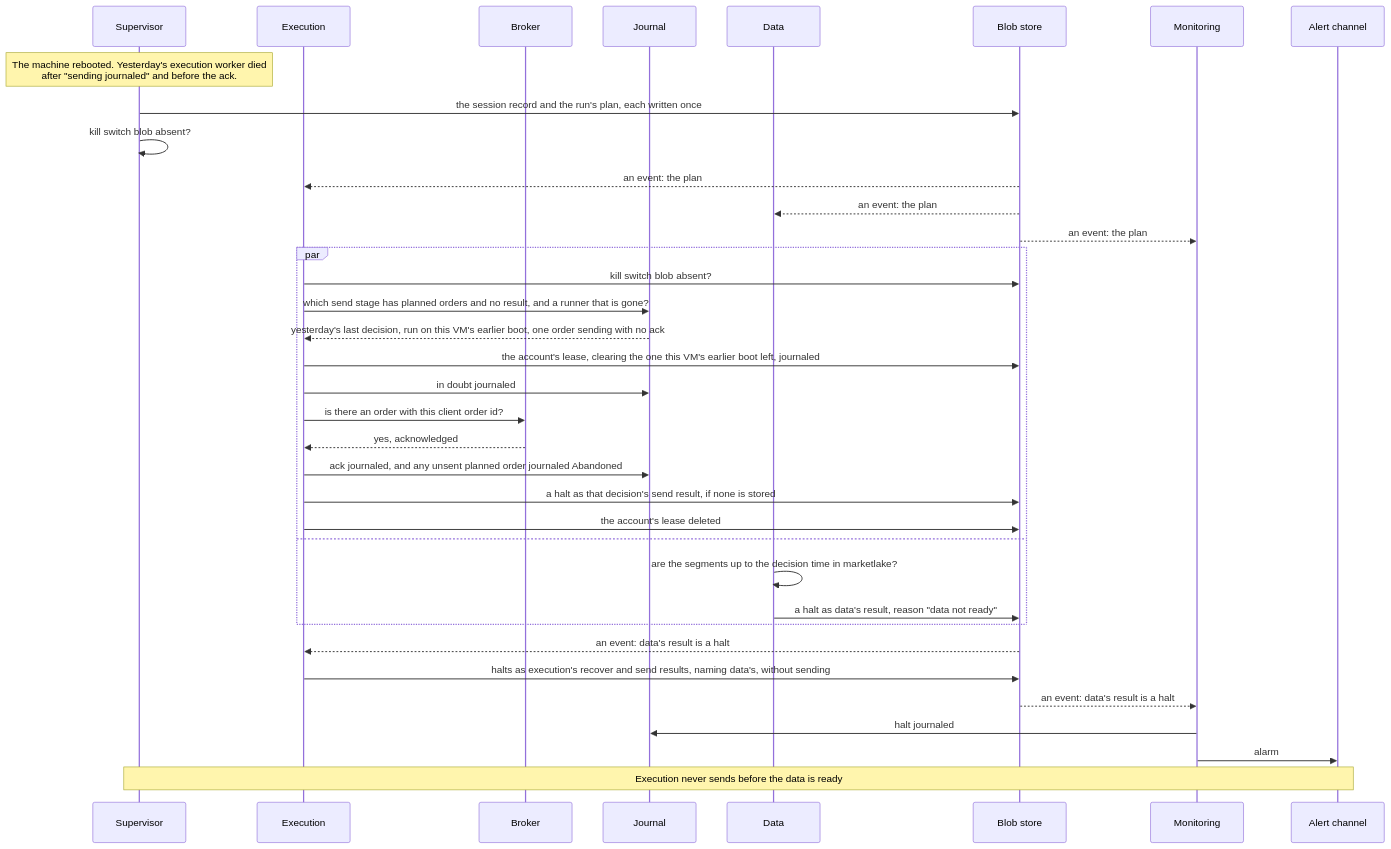
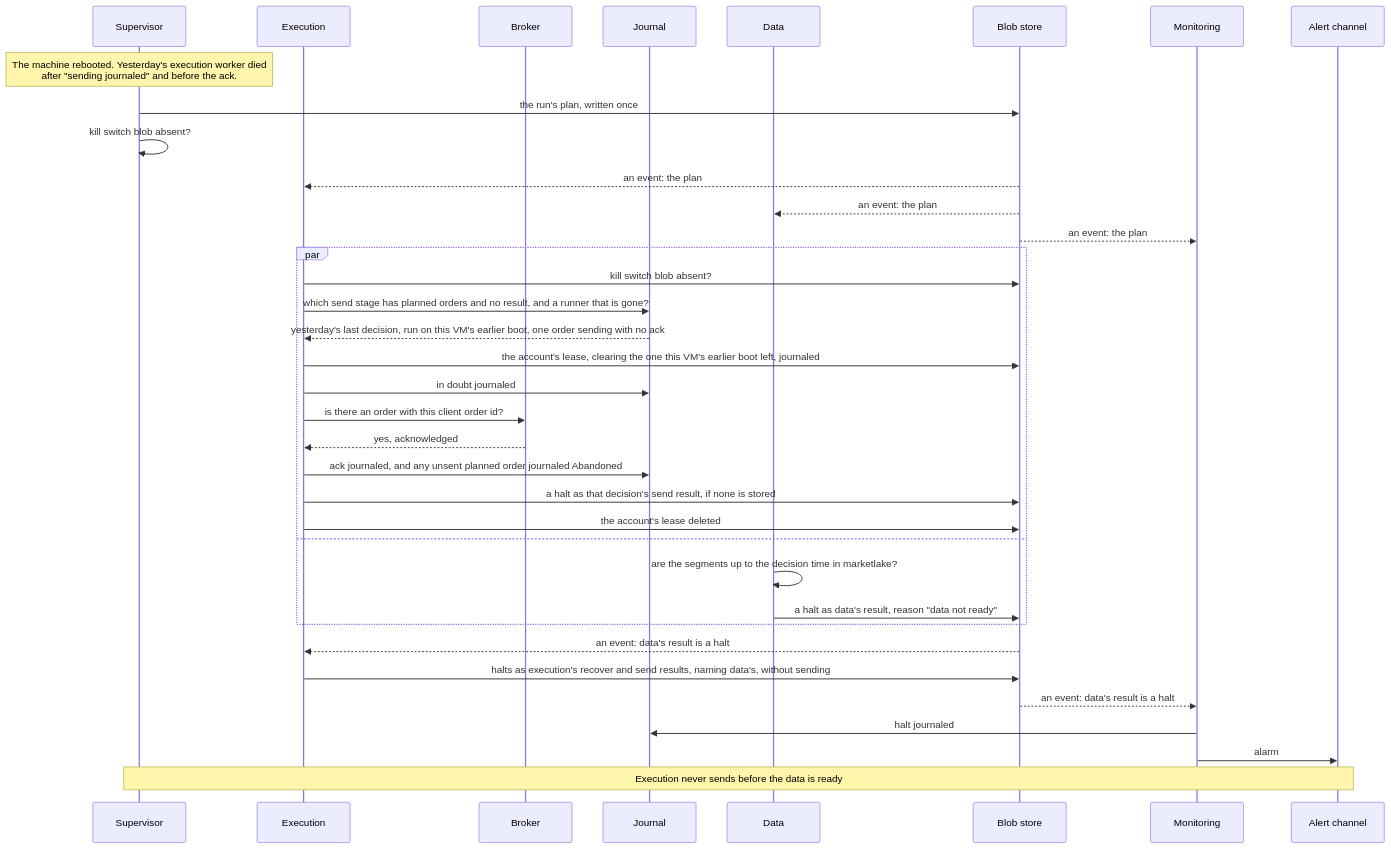
The sixth of 16 diagrams in docs/architecture.md (l3a0/ithildin-runtime), drawn with Mermaid before and after one commit. The commit also changed other lines of this file and 1 other file, not shown here.

First line of the commit message:
docs: the account's lease is the only lease, with no session record

````diff
--- a/docs/architecture.md
+++ b/docs/architecture.md
@@ -734,39 +732,39 @@
 ```mermaid
 sequenceDiagram
     participant V as Supervisor
     participant X as Execution
     participant B as Broker
     participant J as Journal
     participant D as Data
     participant F as Blob store
     participant M as Monitoring
     participant L as Alert channel
 
     Note over V: The machine rebooted. Yesterday's execution worker died<br/>after "sending journaled" and before the ack.
-    V->>F: the session record and the run's plan, each written once
+    V->>F: the run's plan, written once
     V->>V: kill switch blob absent?
     F-->>X: an event: the plan
     F-->>D: an event: the plan
     F-->>M: an event: the plan
     par
         X->>F: kill switch blob absent?
         X->>J: which send stage has planned orders and no result, and a runner that is gone?
         J-->>X: yesterday's last decision, run on this VM's earlier boot, one order sending with no ack
         X->>F: the account's lease, clearing the one this VM's earlier boot left, journaled
         X->>J: in doubt journaled
         X->>B: is there an order with this client order id?
         B-->>X: yes, acknowledged
         X->>J: ack journaled, and any unsent planned order journaled Abandoned
         X->>F: a halt as that decision's send result, if none is stored
         X->>F: the account's lease deleted
     and
         D->>D: are the segments up to the decision time in marketlake?
         D->>F: a halt as data's result, reason "data not ready"
     end
     F-->>X: an event: data's result is a halt
     X->>F: halts as execution's recover and send results, naming data's, without sending
     F-->>M: an event: data's result is a halt
     M->>J: halt journaled
     M->>L: alarm
     Note over V,L: Execution never sends before the data is ready
 ```
````
